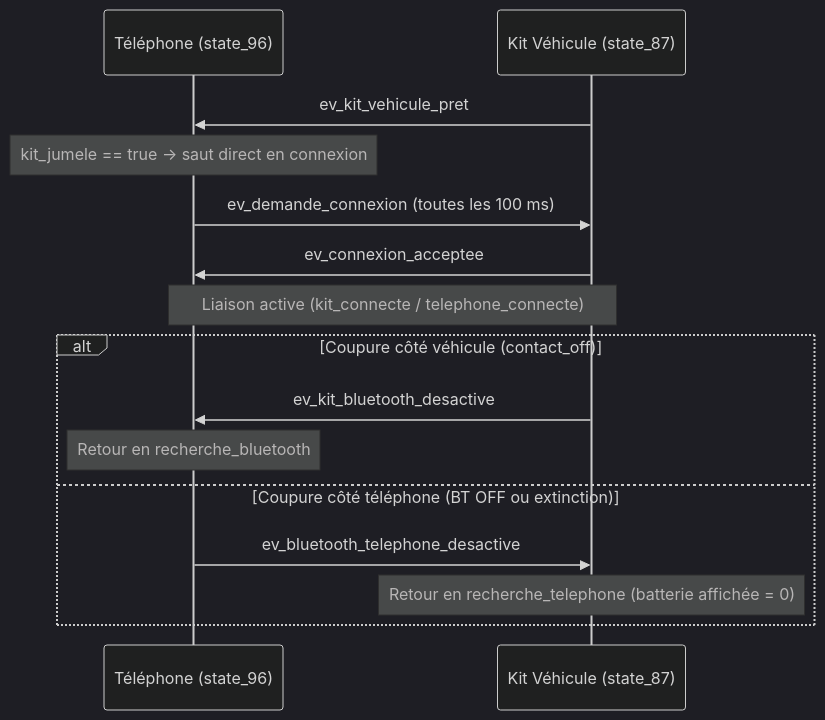
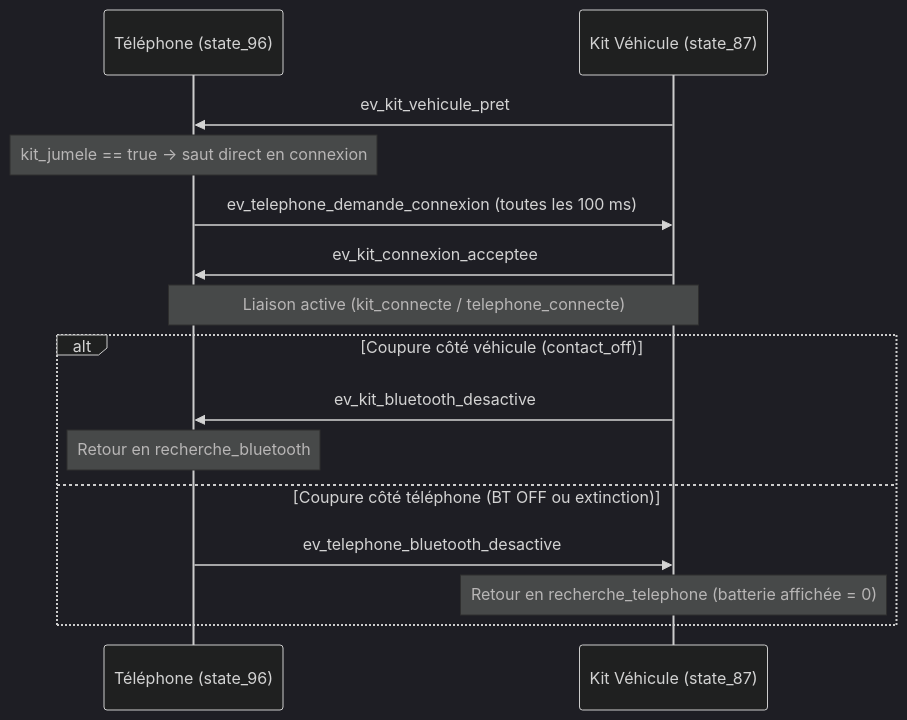
One commit to benoitdekeyn/E4SE_TD_TP changed the fourth of 9 diagrams in systemes_evenements_discrets/Rapport/Rapport.md. Above: the diagram before and after it, drawn with Mermaid (dark theme). The commit also changed other lines of this file and 2 other files, not shown here.

Commit message:
modification annexe et finalisation kit

````diff
--- a/systemes_evenements_discrets/Rapport/Rapport.md
+++ b/systemes_evenements_discrets/Rapport/Rapport.md
@@ -762,19 +800,19 @@
 ```mermaid
 sequenceDiagram
     participant Tel as Téléphone (state_96)
     participant Kit as Kit Véhicule (state_87)
 
     Kit->>Tel: ev_kit_vehicule_pret
     Note over Tel: kit_jumele == true → saut direct en connexion
-    Tel->>Kit: ev_demande_connexion (toutes les 100 ms)
-    Kit->>Tel: ev_connexion_acceptee
+    Tel->>Kit: ev_telephone_demande_connexion (toutes les 100 ms)
+    Kit->>Tel: ev_kit_connexion_acceptee
     Note over Tel,Kit: Liaison active (kit_connecte / telephone_connecte)
 
     alt Coupure côté véhicule (contact_off)
         Kit->>Tel: ev_kit_bluetooth_desactive
         Note over Tel: Retour en recherche_bluetooth
     else Coupure côté téléphone (BT OFF ou extinction)
-        Tel->>Kit: ev_bluetooth_telephone_desactive
+        Tel->>Kit: ev_telephone_bluetooth_desactive
         Note over Kit: Retour en recherche_telephone (batterie affichée = 0)
     end
 ```
````
